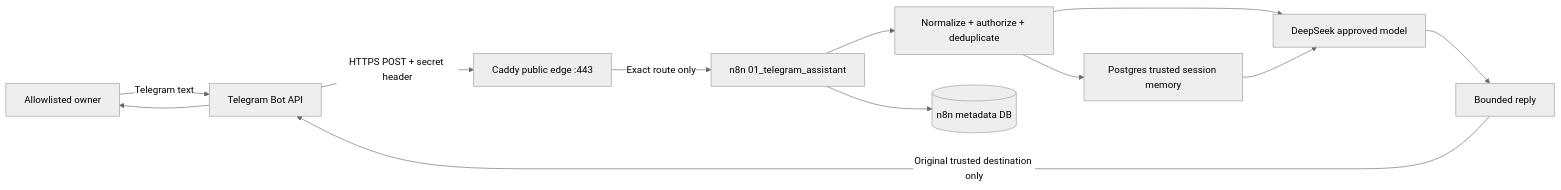
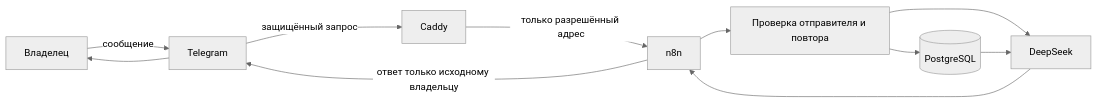
The diagram in 05_Система/Схемы/N8NAgents/Participants_and_Flows_N8NAgents.md (DmtrGoltsev/ObsidianVault), drawn with Mermaid (neutral theme) before and after one commit. The commit also changed other lines of this file and 8 other files, not shown here.

````diff
--- a/05_Система/Схемы/N8NAgents/Participants_and_Flows_N8NAgents.md
+++ b/05_Система/Схемы/N8NAgents/Participants_and_Flows_N8NAgents.md
@@ -37,14 +34,13 @@
 ```mermaid
 flowchart LR
-    Owner[Allowlisted owner] -->|Telegram text| Telegram[Telegram Bot API]
-    Telegram -->|HTTPS POST + secret header| Caddy[Caddy public edge :443]
-    Caddy -->|Exact route only| Main[n8n 01_telegram_assistant]
-    Main --> Gate[Normalize + authorize + deduplicate]
-    Gate --> Memory[Postgres trusted session memory]
-    Gate --> LLM[DeepSeek approved model]
-    Memory --> LLM
-    LLM --> Reply[Bounded reply]
-    Reply -->|Original trusted destination only| Telegram
-    Telegram --> Owner
-    Main --> Meta[(n8n metadata DB)]
+    U[Владелец] -->|сообщение| T[Telegram]
+    T -->|защищённый запрос| C[Caddy]
+    C -->|только разрешённый адрес| N[n8n]
+    N --> V[Проверка отправителя и повтора]
+    V --> P[(PostgreSQL)]
+    V --> D[DeepSeek]
+    P --> D
+    D --> N
+    N -->|ответ только исходному владельцу| T
+    T --> U
 ```
````
